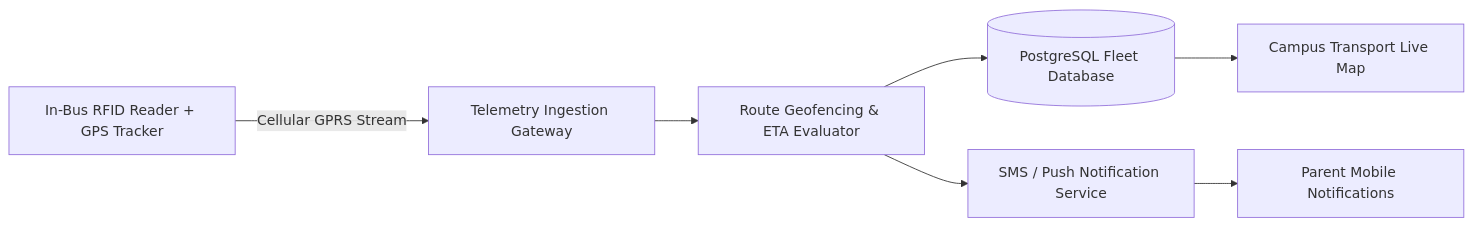
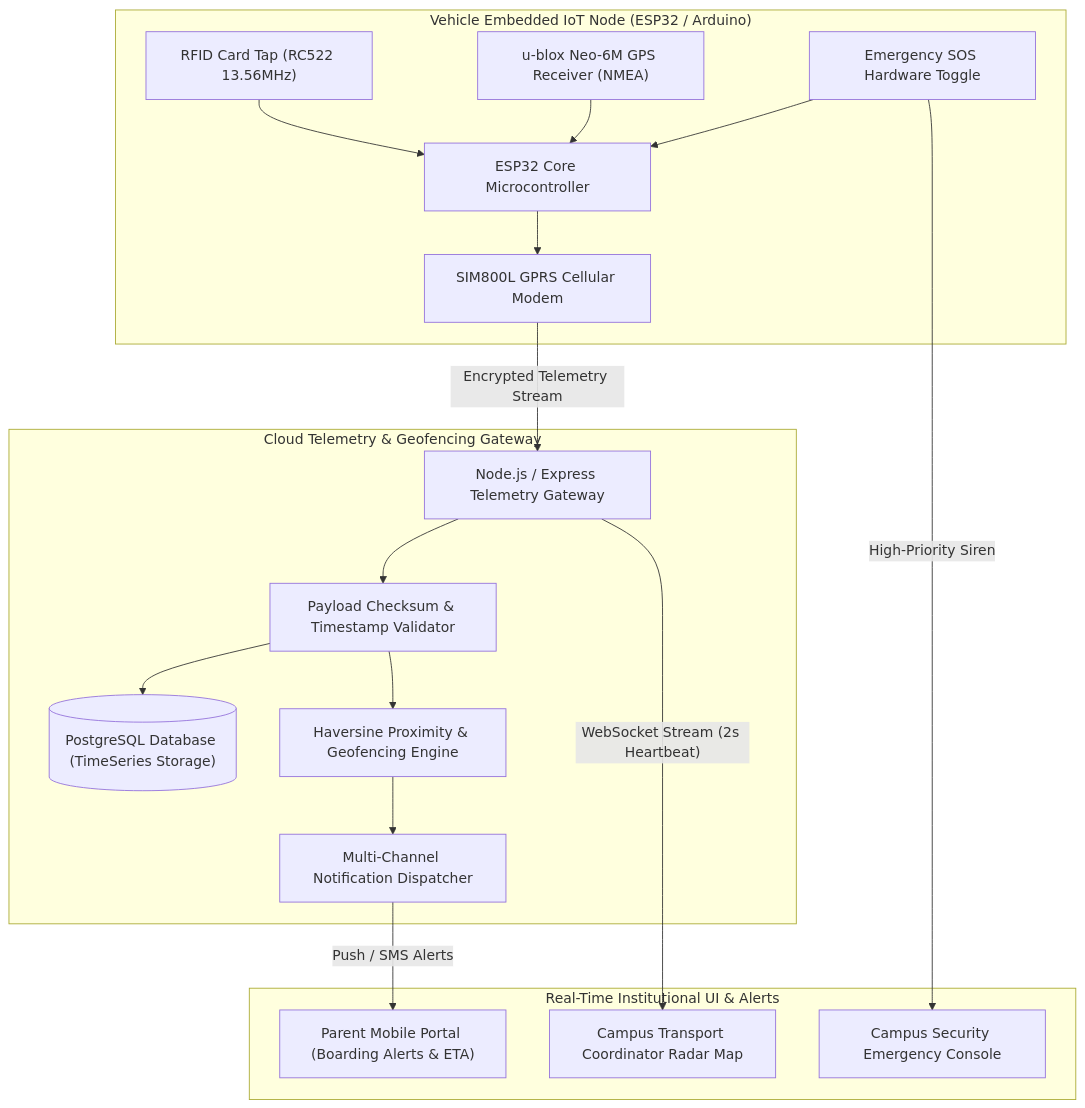
The diagram in README.md (Tharun4743/Bus-attendance), drawn with Mermaid before and after one commit. The commit also changed other lines of this file, not shown here.

Commit message:
docs(readme): remove quickstart, deeply enhance architectural specs & empirical metrics

````diff
--- a/README.md
+++ b/README.md
@@ -38,9 +55,23 @@
 ```mermaid
-flowchart LR
-    BusHardware["In-Bus RFID Reader + GPS Tracker"] -->|"Cellular GPRS Stream"| Gateway["Telemetry Ingestion Gateway"]
-    Gateway --> RouteService["Route Geofencing & ETA Evaluator"]
-    RouteService --> DB[("PostgreSQL Fleet Database")]
-    RouteService --> Notification["SMS / Push Notification Service"]
-    Notification --> Parents["Parent Mobile Notifications"]
-    DB --> DispatchMap["Campus Transport Live Map"]
+flowchart TD
+    subgraph Onboard ["Vehicle Embedded IoT Node (ESP32 / Arduino)"]
+        RFID["RFID Card Tap (RC522 13.56MHz)"] --> Microcontroller["ESP32 Core Microcontroller"]
+        GPS["u-blox Neo-6M GPS Receiver (NMEA)"] --> Microcontroller
+        EmergencyButton["Emergency SOS Hardware Toggle"] --> Microcontroller
+        Microcontroller --> Cellular["SIM800L GPRS Cellular Modem"]
+    end
+
+    subgraph Ingestion ["Cloud Telemetry & Geofencing Gateway"]
+        Cellular -->|"Encrypted Telemetry Stream"| IngestAPI["Node.js / Express Telemetry Gateway"]
+        IngestAPI --> Validator["Payload Checksum & Timestamp Validator"]
+        Validator --> DB[("PostgreSQL Database (TimeSeries Storage)")]
+        Validator --> GeoEngine["Haversine Proximity & Geofencing Engine"]
+        GeoEngine --> AlertService["Multi-Channel Notification Dispatcher"]
+    end
+
+    subgraph Clients ["Real-Time Institutional UI & Alerts"]
+        AlertService -->|"Push / SMS Alerts"| ParentApp["Parent Mobile Portal (Boarding Alerts & ETA)"]
+        IngestAPI -->|"WebSocket Stream (2s Heartbeat)"| AdminMap["Campus Transport Coordinator Radar Map"]
+        EmergencyButton -->|"High-Priority Siren"| SecurityConsole["Campus Security Emergency Console"]
+    end
 ```
````
